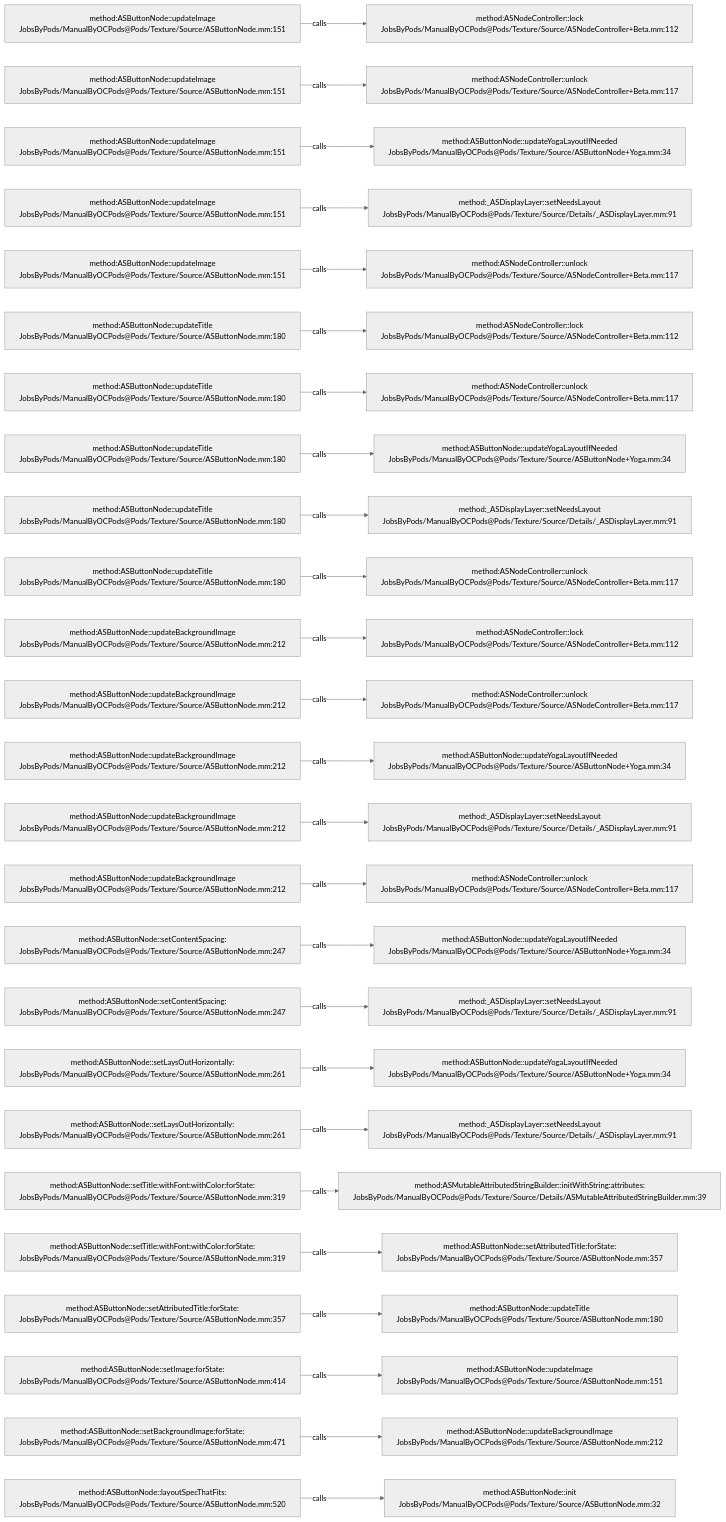
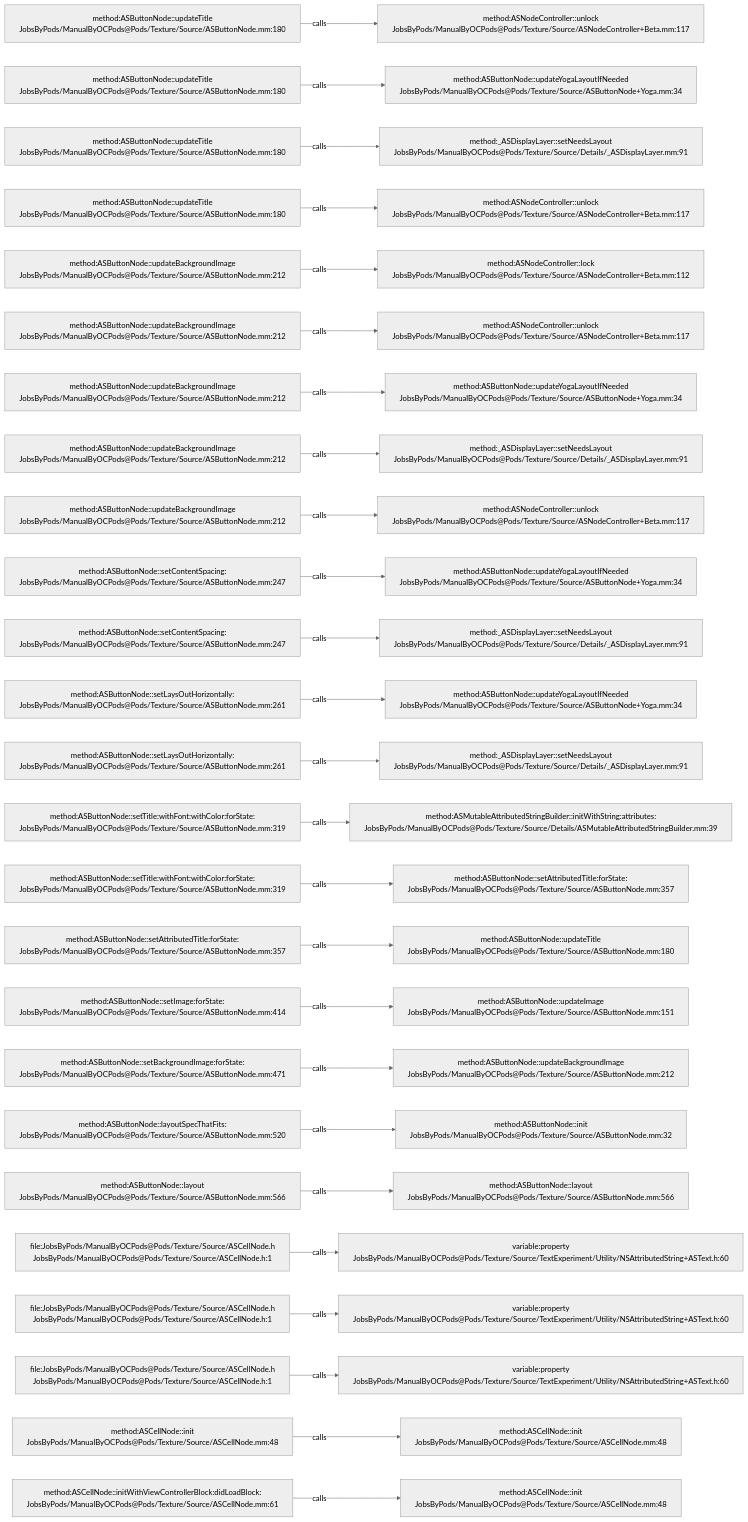
One commit to JobsKits/JobsOCBaseConfigDemo changed the diagram in .codegraph/codegraph.md/graphs/calls-064.md. Above: the diagram before and after it, drawn with Mermaid (neutral theme). The commit also changed 666 other files, not shown here.

````diff
--- a/.codegraph/codegraph.md/graphs/calls-064.md
+++ b/.codegraph/codegraph.md/graphs/calls-064.md
@@ -13,78 +13,78 @@
 ```mermaid
 flowchart LR
-  S1["method:ASButtonNode::updateImage<br/>JobsByPods/ManualByOCPods@Pods/Texture/Source/ASButtonNode.mm:151"]
-  T1["method:ASNodeController::lock<br/>JobsByPods/ManualByOCPods@Pods/Texture/Source/ASNodeController+Beta.mm:112"]
+  S1["method:ASButtonNode::updateTitle<br/>JobsByPods/ManualByOCPods@Pods/Texture/Source/ASButtonNode.mm:180"]
+  T1["method:ASNodeController::unlock<br/>JobsByPods/ManualByOCPods@Pods/Texture/Source/ASNodeController+Beta.mm:117"]
   S1 -->|calls| T1
-  S2["method:ASButtonNode::updateImage<br/>JobsByPods/ManualByOCPods@Pods/Texture/Source/ASButtonNode.mm:151"]
-  T2["method:ASNodeController::unlock<br/>JobsByPods/ManualByOCPods@Pods/Texture/Source/ASNodeController+Beta.mm:117"]
+  S2["method:ASButtonNode::updateTitle<br/>JobsByPods/ManualByOCPods@Pods/Texture/Source/ASButtonNode.mm:180"]
+  T2["method:ASButtonNode::updateYogaLayoutIfNeeded<br/>JobsByPods/ManualByOCPods@Pods/Texture/Source/ASButtonNode+Yoga.mm:34"]
   S2 -->|calls| T2
-  S3["method:ASButtonNode::updateImage<br/>JobsByPods/ManualByOCPods@Pods/Texture/Source/ASButtonNode.mm:151"]
-  T3["method:ASButtonNode::updateYogaLayoutIfNeeded<br/>JobsByPods/ManualByOCPods@Pods/Texture/Source/ASButtonNode+Yoga.mm:34"]
+  S3["method:ASButtonNode::updateTitle<br/>JobsByPods/ManualByOCPods@Pods/Texture/Source/ASButtonNode.mm:180"]
+  T3["method:_ASDisplayLayer::setNeedsLayout<br/>JobsByPods/ManualByOCPods@Pods/Texture/Source/Details/_ASDisplayLayer.mm:91"]
   S3 -->|calls| T3
-  S4["method:ASButtonNode::updateImage<br/>JobsByPods/ManualByOCPods@Pods/Texture/Source/ASButtonNode.mm:151"]
-  T4["method:_ASDisplayLayer::setNeedsLayout<br/>JobsByPods/ManualByOCPods@Pods/Texture/Source/Details/_ASDisplayLayer.mm:91"]
+  S4["method:ASButtonNode::updateTitle<br/>JobsByPods/ManualByOCPods@Pods/Texture/Source/ASButtonNode.mm:180"]
+  T4["method:ASNodeController::unlock<br/>JobsByPods/ManualByOCPods@Pods/Texture/Source/ASNodeController+Beta.mm:117"]
   S4 -->|calls| T4
-  S5["method:ASButtonNode::updateImage<br/>JobsByPods/ManualByOCPods@Pods/Texture/Source/ASButtonNode.mm:151"]
-  T5["method:ASNodeController::unlock<br/>JobsByPods/ManualByOCPods@Pods/Texture/Source/ASNodeController+Beta.mm:117"]
+  S5["method:ASButtonNode::updateBackgroundImage<br/>JobsByPods/ManualByOCPods@Pods/Texture/Source/ASButtonNode.mm:212"]
+  T5["method:ASNodeController::lock<br/>JobsByPods/ManualByOCPods@Pods/Texture/Source/ASNodeController+Beta.mm:112"]
   S5 -->|calls| T5
-  S6["method:ASButtonNode::updateTitle<br/>JobsByPods/ManualByOCPods@Pods/Texture/Source/ASButtonNode.mm:180"]
-  T6["method:ASNodeController::lock<br/>JobsByPods/ManualByOCPods@Pods/Texture/Source/ASNodeController+Beta.mm:112"]
+  S6["method:ASButtonNode::updateBackgroundImage<br/>JobsByPods/ManualByOCPods@Pods/Texture/Source/ASButtonNode.mm:212"]
+  T6["method:ASNodeController::unlock<br/>JobsByPods/ManualByOCPods@Pods/Texture/Source/ASNodeController+Beta.mm:117"]
   S6 -->|calls| T6
-  S7["method:ASButtonNode::updateTitle<br/>JobsByPods/ManualByOCPods@Pods/Texture/Source/ASButtonNode.mm:180"]
-  T7["method:ASNodeController::unlock<br/>JobsByPods/ManualByOCPods@Pods/Texture/Source/ASNodeController+Beta.mm:117"]
+  S7["method:ASButtonNode::updateBackgroundImage<br/>JobsByPods/ManualByOCPods@Pods/Texture/Source/ASButtonNode.mm:212"]
+  T7["method:ASButtonNode::updateYogaLayoutIfNeeded<br/>JobsByPods/ManualByOCPods@Pods/Texture/Source/ASButtonNode+Yoga.mm:34"]
   S7 -->|calls| T7
-  S8["method:ASButtonNode::updateTitle<br/>JobsByPods/ManualByOCPods@Pods/Texture/Source/ASButtonNode.mm:180"]
-  T8["method:ASButtonNode::updateYogaLayoutIfNeeded<br/>JobsByPods/ManualByOCPods@Pods/Texture/Source/ASButtonNode+Yoga.mm:34"]
+  S8["method:ASButtonNode::updateBackgroundImage<br/>JobsByPods/ManualByOCPods@Pods/Texture/Source/ASButtonNode.mm:212"]
+  T8["method:_ASDisplayLayer::setNeedsLayout<br/>JobsByPods/ManualByOCPods@Pods/Texture/Source/Details/_ASDisplayLayer.mm:91"]
   S8 -->|calls| T8
-  S9["method:ASButtonNode::updateTitle<br/>JobsByPods/ManualByOCPods@Pods/Texture/Source/ASButtonNode.mm:180"]
-  T9["method:_ASDisplayLayer::setNeedsLayout<br/>JobsByPods/ManualByOCPods@Pods/Texture/Source/Details/_ASDisplayLayer.mm:91"]
+  S9["method:ASButtonNode::updateBackgroundImage<br/>JobsByPods/ManualByOCPods@Pods/Texture/Source/ASButtonNode.mm:212"]
+  T9["method:ASNodeController::unlock<br/>JobsByPods/ManualByOCPods@Pods/Texture/Source/ASNodeController+Beta.mm:117"]
   S9 -->|calls| T9
-  S10["method:ASButtonNode::updateTitle<br/>JobsByPods/ManualByOCPods@Pods/Texture/Source/ASButtonNode.mm:180"]
-  T10["method:ASNodeController::unlock<br/>JobsByPods/ManualByOCPods@Pods/Texture/Source/ASNodeController+Beta.mm:117"]
+  S10["method:ASButtonNode::setContentSpacing:<br/>JobsByPods/ManualByOCPods@Pods/Texture/Source/ASButtonNode.mm:247"]
+  T10["method:ASButtonNode::updateYogaLayoutIfNeeded<br/>JobsByPods/ManualByOCPods@Pods/Texture/Source/ASButtonNode+Yoga.mm:34"]
   S10 -->|calls| T10
-  S11["method:ASButtonNode::updateBackgroundImage<br/>JobsByPods/ManualByOCPods@Pods/Texture/Source/ASButtonNode.mm:212"]
-  T11["method:ASNodeController::lock<br/>JobsByPods/ManualByOCPods@Pods/Texture/Source/ASNodeController+Beta.mm:112"]
+  S11["method:ASButtonNode::setContentSpacing:<br/>JobsByPods/ManualByOCPods@Pods/Texture/Source/ASButtonNode.mm:247"]
+  T11["method:_ASDisplayLayer::setNeedsLayout<br/>JobsByPods/ManualByOCPods@Pods/Texture/Source/Details/_ASDisplayLayer.mm:91"]
   S11 -->|calls| T11
-  S12["method:ASButtonNode::updateBackgroundImage<br/>JobsByPods/ManualByOCPods@Pods/Texture/Source/ASButtonNode.mm:212"]
-  T12["method:ASNodeController::unlock<br/>JobsByPods/ManualByOCPods@Pods/Texture/Source/ASNodeController+Beta.mm:117"]
+  S12["method:ASButtonNode::setLaysOutHorizontally:<br/>JobsByPods/ManualByOCPods@Pods/Texture/Source/ASButtonNode.mm:261"]
+  T12["method:ASButtonNode::updateYogaLayoutIfNeeded<br/>JobsByPods/ManualByOCPods@Pods/Texture/Source/ASButtonNode+Yoga.mm:34"]
   S12 -->|calls| T12
-  S13["method:ASButtonNode::updateBackgroundImage<br/>JobsByPods/ManualByOCPods@Pods/Texture/Source/ASButtonNode.mm:212"]
-  T13["method:ASButtonNode::updateYogaLayoutIfNeeded<br/>JobsByPods/ManualByOCPods@Pods/Texture/Source/ASButtonNode+Yoga.mm:34"]
+  S13["method:ASButtonNode::setLaysOutHorizontally:<br/>JobsByPods/ManualByOCPods@Pods/Texture/Source/ASButtonNode.mm:261"]
+  T13["method:_ASDisplayLayer::setNeedsLayout<br/>JobsByPods/ManualByOCPods@Pods/Texture/Source/Details/_ASDisplayLayer.mm:91"]
   S13 -->|calls| T13
-  S14["method:ASButtonNode::updateBackgroundImage<br/>JobsByPods/ManualByOCPods@Pods/Texture/Source/ASButtonNode.mm:212"]
-  T14["method:_ASDisplayLayer::setNeedsLayout<br/>JobsByPods/ManualByOCPods@Pods/Texture/Source/Details/_ASDisplayLayer.mm:91"]
+  S14["method:ASButtonNode::setTitle:withFont:withColor:forState:<br/>JobsByPods/ManualByOCPods@Pods/Texture/Source/ASButtonNode.mm:319"]
+  T14["method:ASMutableAttributedStringBuilder::initWithString:attributes:<br/>JobsByPods/ManualByOCPods@Pods/Texture/Source/Details/ASMutableAttributedStringBuilder.mm:39"]
   S14 -->|calls| T14
-  S15["method:ASButtonNode::updateBackgroundImage<br/>JobsByPods/ManualByOCPods@Pods/Texture/Source/ASButtonNode.mm:212"]
-  T15["method:ASNodeController::unlock<br/>JobsByPods/ManualByOCPods@Pods/Texture/Source/ASNodeController+Beta.mm:117"]
+  S15["method:ASButtonNode::setTitle:withFont:withColor:forState:<br/>JobsByPods/ManualByOCPods@Pods/Texture/Source/ASButtonNode.mm:319"]
+  T15["method:ASButtonNode::setAttributedTitle:forState:<br/>JobsByPods/ManualByOCPods@Pods/Texture/Source/ASButtonNode.mm:357"]
   S15 -->|calls| T15
-  S16["method:ASButtonNode::setContentSpacing:<br/>JobsByPods/ManualByOCPods@Pods/Texture/Source/ASButtonNode.mm:247"]
-  T16["method:ASButtonNode::updateYogaLayoutIfNeeded<br/>JobsByPods/ManualByOCPods@Pods/Texture/Source/ASButtonNode+Yoga.mm:34"]
+  S16["method:ASButtonNode::setAttributedTitle:forState:<br/>JobsByPods/ManualByOCPods@Pods/Texture/Source/ASButtonNode.mm:357"]
+  T16["method:ASButtonNode::updateTitle<br/>JobsByPods/ManualByOCPods@Pods/Texture/Source/ASButtonNode.mm:180"]
   S16 -->|calls| T16
-  S17["method:ASButtonNode::setContentSpacing:<br/>JobsByPods/ManualByOCPods@Pods/Texture/Source/ASButtonNode.mm:247"]
-  T17["method:_ASDisplayLayer::setNeedsLayout<br/>JobsByPods/ManualByOCPods@Pods/Texture/Source/Details/_ASDisplayLayer.mm:91"]
+  S17["method:ASButtonNode::setImage:forState:<br/>JobsByPods/ManualByOCPods@Pods/Texture/Source/ASButtonNode.mm:414"]
+  T17["method:ASButtonNode::updateImage<br/>JobsByPods/ManualByOCPods@Pods/Texture/Source/ASButtonNode.mm:151"]
   S17 -->|calls| T17
-  S18["method:ASButtonNode::setLaysOutHorizontally:<br/>JobsByPods/ManualByOCPods@Pods/Texture/Source/ASButtonNode.mm:261"]
-  T18["method:ASButtonNode::updateYogaLayoutIfNeeded<br/>JobsByPods/ManualByOCPods@Pods/Texture/Source/ASButtonNode+Yoga.mm:34"]
+  S18["method:ASButtonNode::setBackgroundImage:forState:<br/>JobsByPods/ManualByOCPods@Pods/Texture/Source/ASButtonNode.mm:471"]
+  T18["method:ASButtonNode::updateBackgroundImage<br/>JobsByPods/ManualByOCPods@Pods/Texture/Source/ASButtonNode.mm:212"]
   S18 -->|calls| T18
-  S19["method:ASButtonNode::setLaysOutHorizontally:<br/>JobsByPods/ManualByOCPods@Pods/Texture/Source/ASButtonNode.mm:261"]
-  T19["method:_ASDisplayLayer::setNeedsLayout<br/>JobsByPods/ManualByOCPods@Pods/Texture/Source/Details/_ASDisplayLayer.mm:91"]
+  S19["method:ASButtonNode::layoutSpecThatFits:<br/>JobsByPods/ManualByOCPods@Pods/Texture/Source/ASButtonNode.mm:520"]
+  T19["method:ASButtonNode::init<br/>JobsByPods/ManualByOCPods@Pods/Texture/Source/ASButtonNode.mm:32"]
   S19 -->|calls| T19
-  S20["method:ASButtonNode::setTitle:withFont:withColor:forState:<br/>JobsByPods/ManualByOCPods@Pods/Texture/Source/ASButtonNode.mm:319"]
-  T20["method:ASMutableAttributedStringBuilder::initWithString:attributes:<br/>JobsByPods/ManualByOCPods@Pods/Texture/Source/Details/ASMutableAttributedStringBuilder.mm:39"]
+  S20["method:ASButtonNode::layout<br/>JobsByPods/ManualByOCPods@Pods/Texture/Source/ASButtonNode.mm:566"]
+  T20["method:ASButtonNode::layout<br/>JobsByPods/ManualByOCPods@Pods/Texture/Source/ASButtonNode.mm:566"]
   S20 -->|calls| T20
-  S21["method:ASButtonNode::setTitle:withFont:withColor:forState:<br/>JobsByPods/ManualByOCPods@Pods/Texture/Source/ASButtonNode.mm:319"]
-  T21["method:ASButtonNode::setAttributedTitle:forState:<br/>JobsByPods/ManualByOCPods@Pods/Texture/Source/ASButtonNode.mm:357"]
+  S21["file:JobsByPods/ManualByOCPods@Pods/Texture/Source/ASCellNode.h<br/>JobsByPods/ManualByOCPods@Pods/Texture/Source/ASCellNode.h:1"]
+  T21["variable:property<br/>JobsByPods/ManualByOCPods@Pods/Texture/Source/TextExperiment/Utility/NSAttributedString+ASText.h:60"]
   S21 -->|calls| T21
-  S22["method:ASButtonNode::setAttributedTitle:forState:<br/>JobsByPods/ManualByOCPods@Pods/Texture/Source/ASButtonNode.mm:357"]
-  T22["method:ASButtonNode::updateTitle<br/>JobsByPods/ManualByOCPods@Pods/Texture/Source/ASButtonNode.mm:180"]
+  S22["file:JobsByPods/ManualByOCPods@Pods/Texture/Source/ASCellNode.h<br/>JobsByPods/ManualByOCPods@Pods/Texture/Source/ASCellNode.h:1"]
+  T22["variable:property<br/>JobsByPods/ManualByOCPods@Pods/Texture/Source/TextExperiment/Utility/NSAttributedString+ASText.h:60"]
   S22 -->|calls| T22
-  S23["method:ASButtonNode::setImage:forState:<br/>JobsByPods/ManualByOCPods@Pods/Texture/Source/ASButtonNode.mm:414"]
-  T23["method:ASButtonNode::updateImage<br/>JobsByPods/ManualByOCPods@Pods/Texture/Source/ASButtonNode.mm:151"]
+  S23["file:JobsByPods/ManualByOCPods@Pods/Texture/Source/ASCellNode.h<br/>JobsByPods/ManualByOCPods@Pods/Texture/Source/ASCellNode.h:1"]
+  T23["variable:property<br/>JobsByPods/ManualByOCPods@Pods/Texture/Source/TextExperiment/Utility/NSAttributedString+ASText.h:60"]
   S23 -->|calls| T23
-  S24["method:ASButtonNode::setBackgroundImage:forState:<br/>JobsByPods/ManualByOCPods@Pods/Texture/Source/ASButtonNode.mm:471"]
-  T24["method:ASButtonNode::updateBackgroundImage<br/>JobsByPods/ManualByOCPods@Pods/Texture/Source/ASButtonNode.mm:212"]
+  S24["method:ASCellNode::init<br/>JobsByPods/ManualByOCPods@Pods/Texture/Source/ASCellNode.mm:48"]
+  T24["method:ASCellNode::init<br/>JobsByPods/ManualByOCPods@Pods/Texture/Source/ASCellNode.mm:48"]
   S24 -->|calls| T24
-  S25["method:ASButtonNode::layoutSpecThatFits:<br/>JobsByPods/ManualByOCPods@Pods/Texture/Source/ASButtonNode.mm:520"]
-  T25["method:ASButtonNode::init<br/>JobsByPods/ManualByOCPods@Pods/Texture/Source/ASButtonNode.mm:32"]
+  S25["method:ASCellNode::initWithViewControllerBlock:didLoadBlock:<br/>JobsByPods/ManualByOCPods@Pods/Texture/Source/ASCellNode.mm:61"]
+  T25["method:ASCellNode::init<br/>JobsByPods/ManualByOCPods@Pods/Texture/Source/ASCellNode.mm:48"]
   S25 -->|calls| T25
 ```
````
